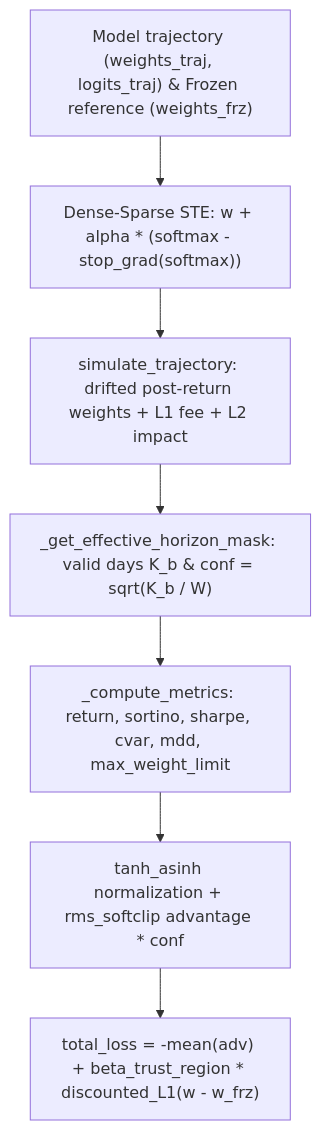
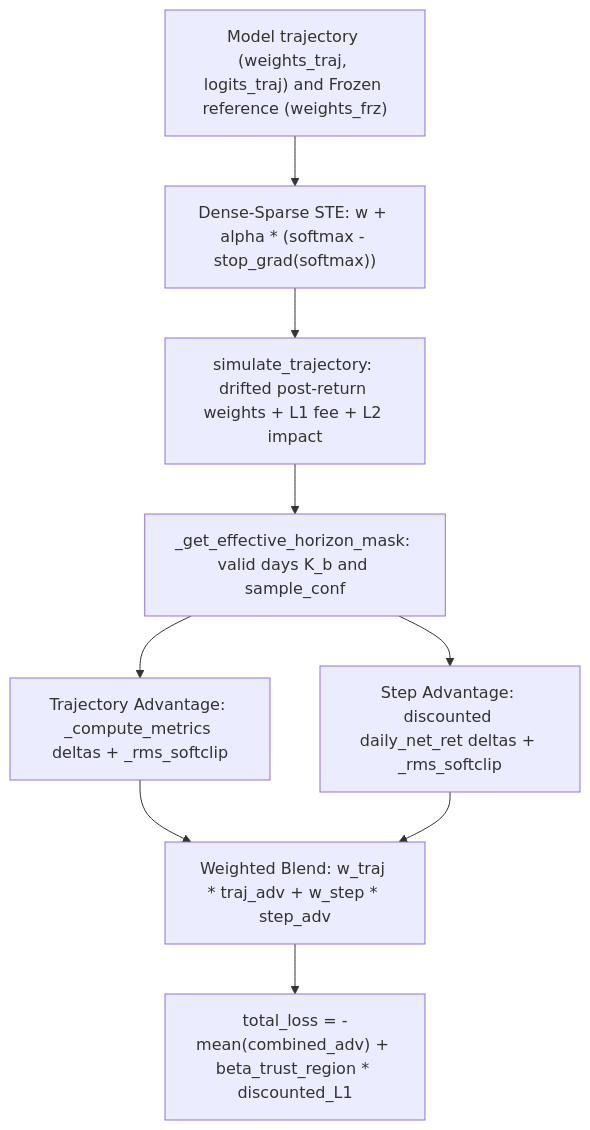
The diagram in openwiki/workflows/pretrain-and-trajectory-rl.md (zerostreet/zerosteer), drawn with Mermaid before and after one commit. The commit also changed other lines of this file and 10 other files, not shown here.

Commit message:
docs(openwiki): document ZeroSteer v2 architecture and diagnostics

````diff
--- a/openwiki/workflows/pretrain-and-trajectory-rl.md
+++ b/openwiki/workflows/pretrain-and-trajectory-rl.md
@@ -50,9 +66,11 @@
 ```mermaid
 flowchart TD
-    IN["Model trajectory (weights_traj, logits_traj) & Frozen reference (weights_frz)"] --> STE["Dense-Sparse STE: w + alpha * (softmax - stop_grad(softmax))"]
+    IN["Model trajectory (weights_traj, logits_traj) and Frozen reference (weights_frz)"] --> STE["Dense-Sparse STE: w + alpha * (softmax - stop_grad(softmax))"]
     STE --> SIM["simulate_trajectory: drifted post-return weights + L1 fee + L2 impact"]
-    SIM --> HMASK["_get_effective_horizon_mask: valid days K_b & conf = sqrt(K_b / W)"]
-    HMASK --> METRICS["_compute_metrics: return, sortino, sharpe, cvar, mdd, max_weight_limit"]
-    METRICS --> ADV["tanh_asinh normalization + rms_softclip advantage * conf"]
-    ADV --> LOSS["total_loss = -mean(adv) + beta_trust_region * discounted_L1(w - w_frz)"]
+    SIM --> HMASK["_get_effective_horizon_mask: valid days K_b and sample_conf"]
+    HMASK --> TRAJ["Trajectory Advantage: _compute_metrics deltas + _rms_softclip"]
+    HMASK --> STEP["Step Advantage: discounted daily_net_ret deltas + _rms_softclip"]
+    TRAJ --> BLEND["Weighted Blend: w_traj * traj_adv + w_step * step_adv"]
+    STEP --> BLEND
+    BLEND --> LOSS["total_loss = -mean(combined_adv) + beta_trust_region * discounted_L1"]
 ```
````
